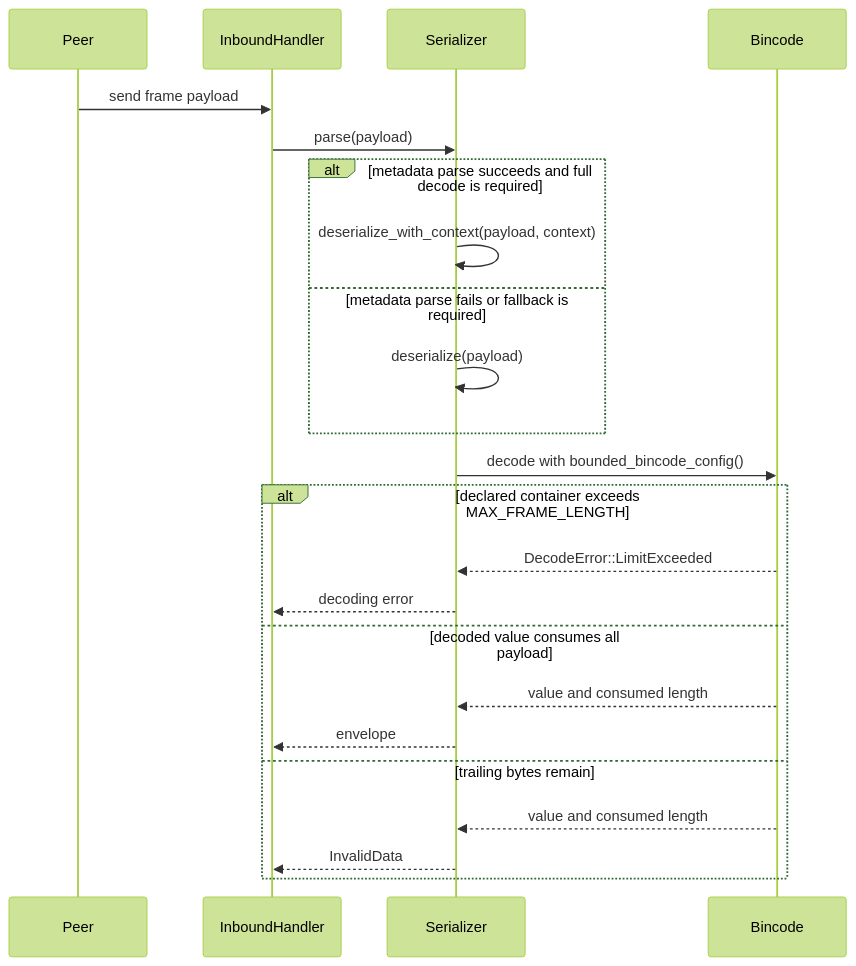
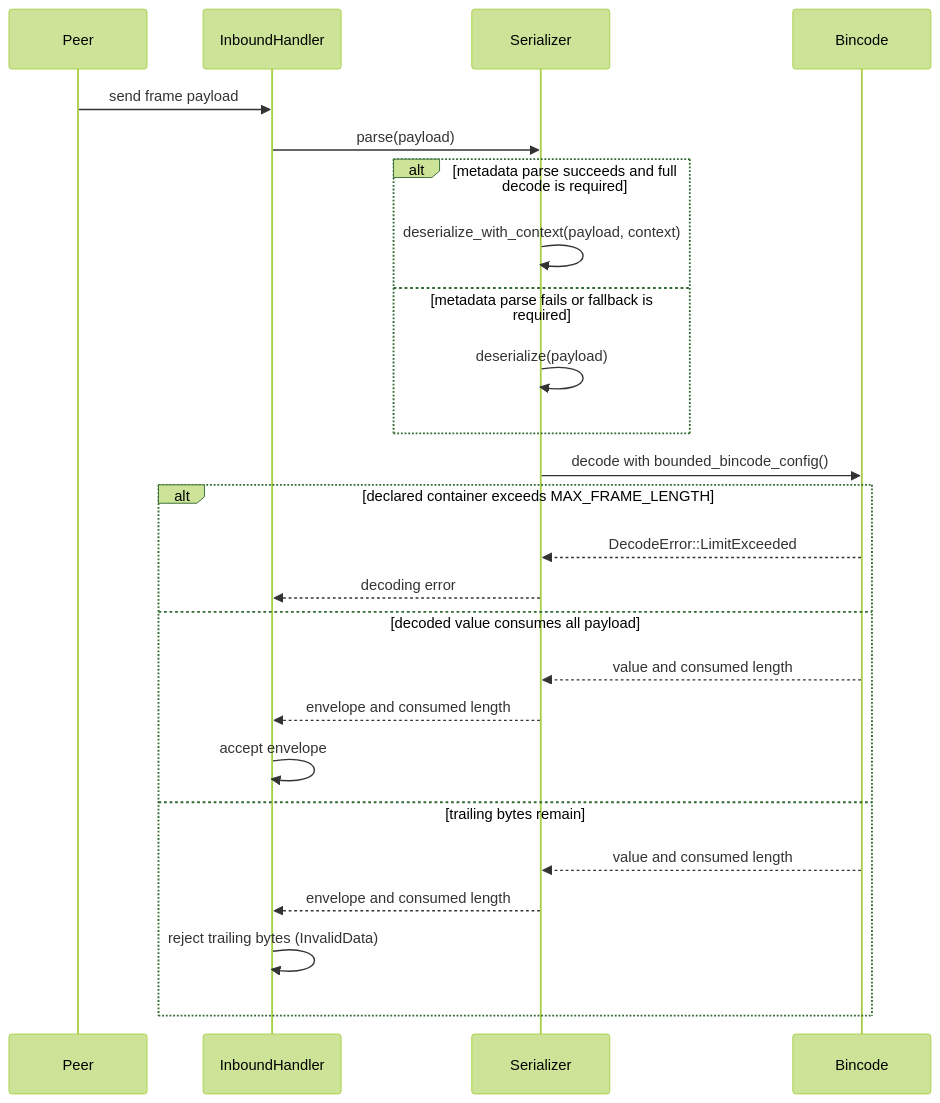
The fourth of 7 diagrams in docs/rust-binary-router-library-design.md (leynos/wireframe), drawn with Mermaid (forest theme) before and after one commit. The commit also changed other lines of this file and 5 other files, not shown here.

````diff
--- a/docs/rust-binary-router-library-design.md
+++ b/docs/rust-binary-router-library-design.md
@@ -490,26 +491,28 @@
 ```mermaid
 sequenceDiagram
     participant Peer
     participant InboundHandler
     participant Serializer
     participant Bincode
 
     Peer->>InboundHandler: send frame payload
     InboundHandler->>Serializer: parse(payload)
     alt metadata parse succeeds and full decode is required
         Serializer->>Serializer: deserialize_with_context(payload, context)
     else metadata parse fails or fallback is required
         Serializer->>Serializer: deserialize(payload)
     end
     Serializer->>Bincode: decode with bounded_bincode_config()
     alt declared container exceeds MAX_FRAME_LENGTH
         Bincode-->>Serializer: DecodeError::LimitExceeded
         Serializer-->>InboundHandler: decoding error
     else decoded value consumes all payload
         Bincode-->>Serializer: value and consumed length
-        Serializer-->>InboundHandler: envelope
+        Serializer-->>InboundHandler: envelope and consumed length
+        InboundHandler->>InboundHandler: accept envelope
     else trailing bytes remain
         Bincode-->>Serializer: value and consumed length
-        Serializer-->>InboundHandler: InvalidData
+        Serializer-->>InboundHandler: envelope and consumed length
+        InboundHandler->>InboundHandler: reject trailing bytes (InvalidData)
     end
 ```
````
